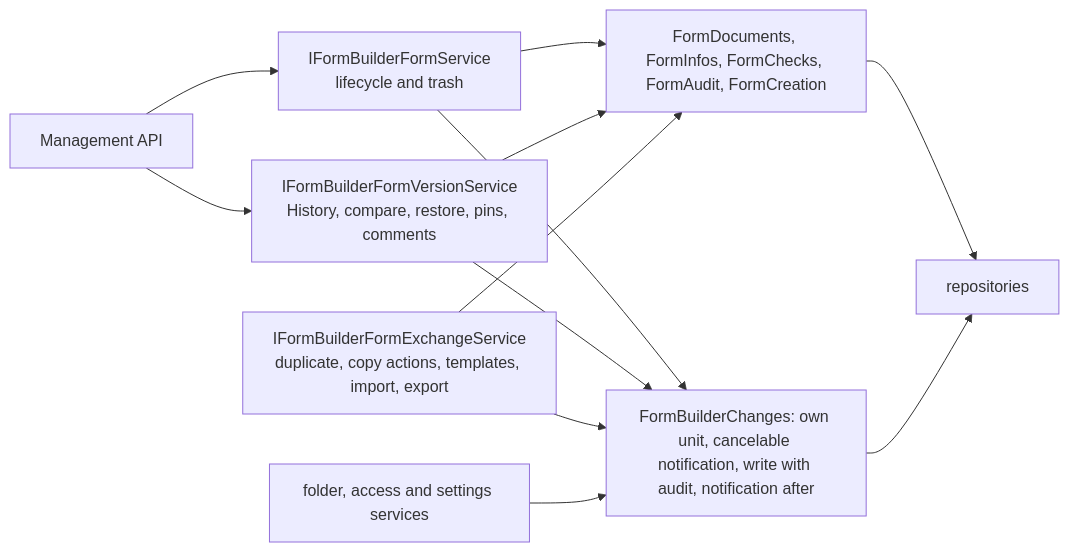
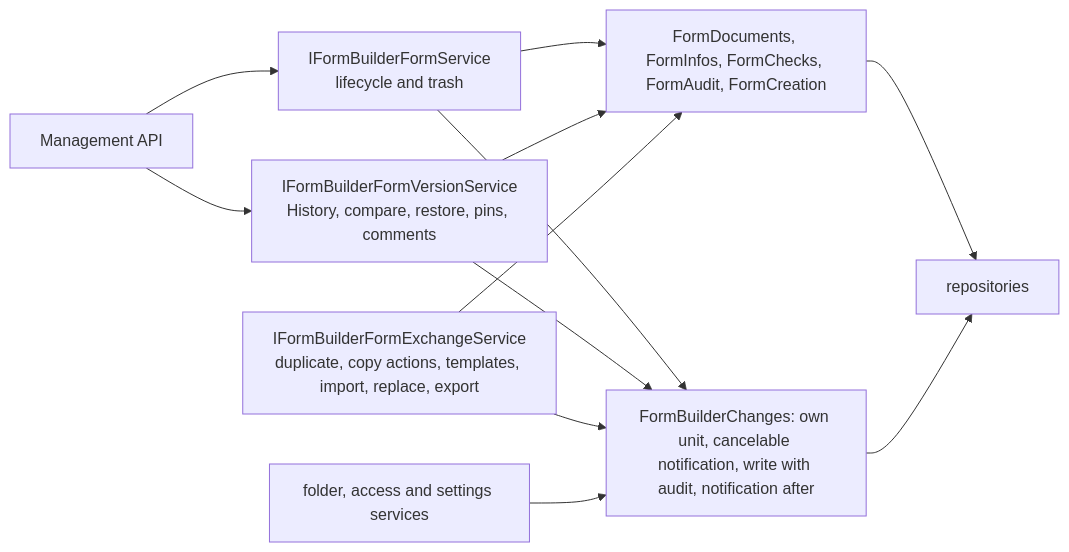
One commit to Jiron/Jiron.Umbraco.FormBuilder changed the second of 4 diagrams in docs/architecture.md. Above: the diagram before and after it, drawn with Mermaid. The commit also changed other lines of this file and 39 other files, not shown here.

````diff
--- a/docs/architecture.md
+++ b/docs/architecture.md
@@ -95,22 +95,22 @@
 ```mermaid
 flowchart LR
   api["Management API"]
   forms["IFormBuilderFormService<br>lifecycle and trash"]
   versions["IFormBuilderFormVersionService<br>History, compare, restore, pins, comments"]
-  exchange["IFormBuilderFormExchangeService<br>duplicate, copy actions, templates, import, export"]
+  exchange["IFormBuilderFormExchangeService<br>duplicate, copy actions, templates, import, replace, export"]
   shared["FormDocuments, FormInfos, FormChecks, FormAudit, FormCreation"]
   others["folder, access and settings services"]
   changes["FormBuilderChanges: own unit, cancelable notification, write with audit, notification after"]
   repos["repositories"]
   api --> forms
   api --> versions
   forms --> shared
   versions --> shared
   exchange --> shared
   forms --> changes
   versions --> changes
   exchange --> changes
   others --> changes
   shared --> repos
   changes --> repos
 ```
````
